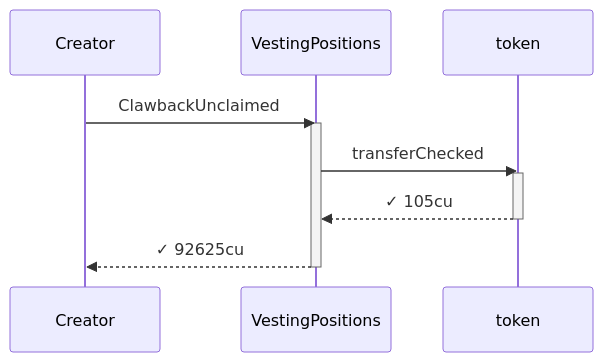
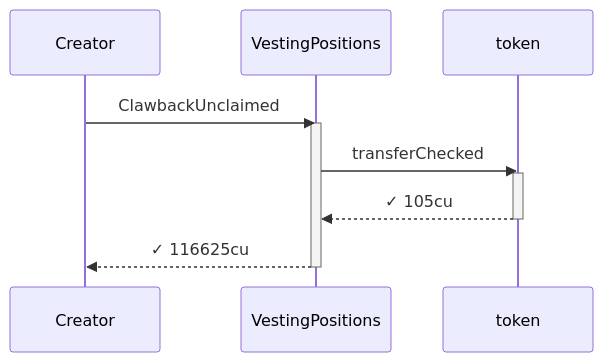
Diagram 13 of 15 in babelfish-tests/test-report/clawback_unclaimed_succeeds_despite_buyers_zeroed_receipt.md (cds-turbin3/vesting-position), drawn with Mermaid before and after one commit. The commit also changed other lines of this file and 106 other files, not shown here.

````diff
--- a/babelfish-tests/test-report/clawback_unclaimed_succeeds_despite_buyers_zeroed_receipt.md
+++ b/babelfish-tests/test-report/clawback_unclaimed_succeeds_despite_buyers_zeroed_receipt.md
@@ -580,14 +600,14 @@
 ```mermaid
 sequenceDiagram
     participant p0 as Creator
     participant p1 as VestingPositions
     participant p2 as token
     p0->>p1: ClawbackUnclaimed
     activate p1
     p1->>p2: transferChecked
     activate p2
     p2-->>p1: ✓ 105cu
     deactivate p2
-    p1-->>p0: ✓ 92625cu
+    p1-->>p0: ✓ 116625cu
     deactivate p1
 ```
````
